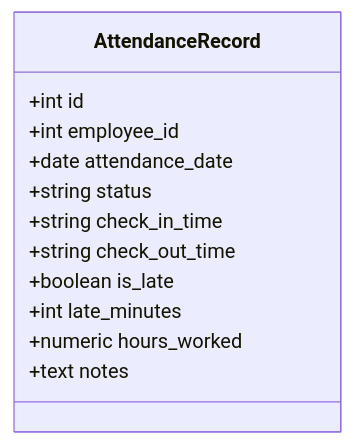
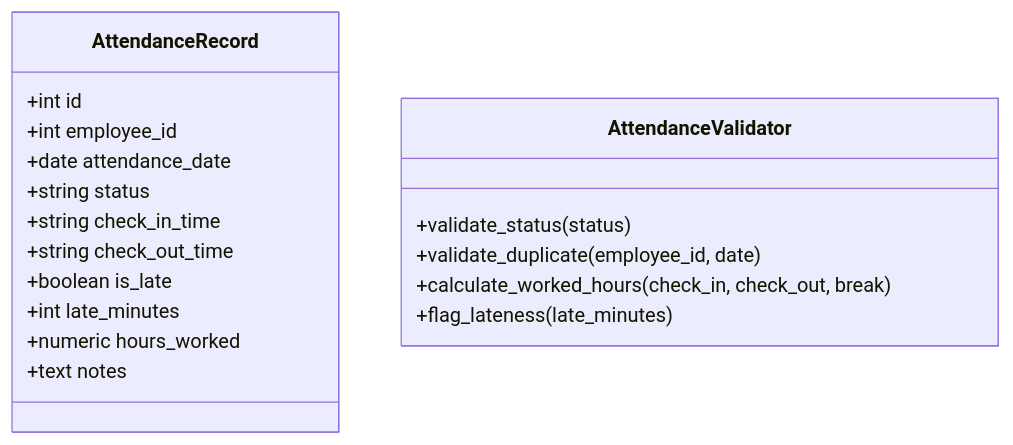
Before and after one commit to bikinaplikasipakeqoder-dot/payroll-hris: the third of 8 diagrams in .qoder/repowiki/en/content/Attendance & Overtime.md, drawn with Mermaid. The commit also changed other lines of this file and 22 other files, not shown here.

Commit message:
feat: show monthly attendance summary per employee with detail modal

````diff
--- a/.qoder/repowiki/en/content/Attendance & Overtime.md
+++ b/.qoder/repowiki/en/content/Attendance & Overtime.md
@@ -168,15 +223,21 @@
 ```mermaid
 classDiagram
 class AttendanceRecord {
 +int id
 +int employee_id
 +date attendance_date
 +string status
 +string check_in_time
 +string check_out_time
 +boolean is_late
 +int late_minutes
 +numeric hours_worked
 +text notes
 }
+class AttendanceValidator {
++validate_status(status)
++validate_duplicate(employee_id, date)
++calculate_worked_hours(check_in, check_out, break)
++flag_lateness(late_minutes)
+}
 ```
````
